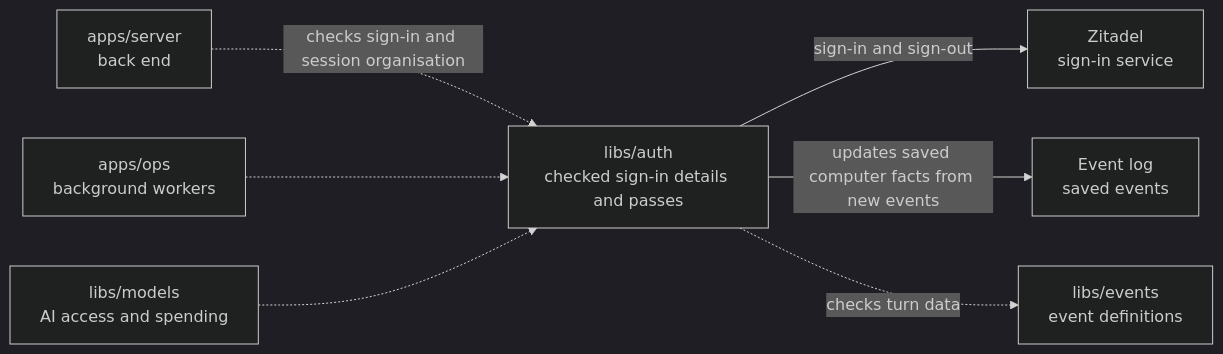
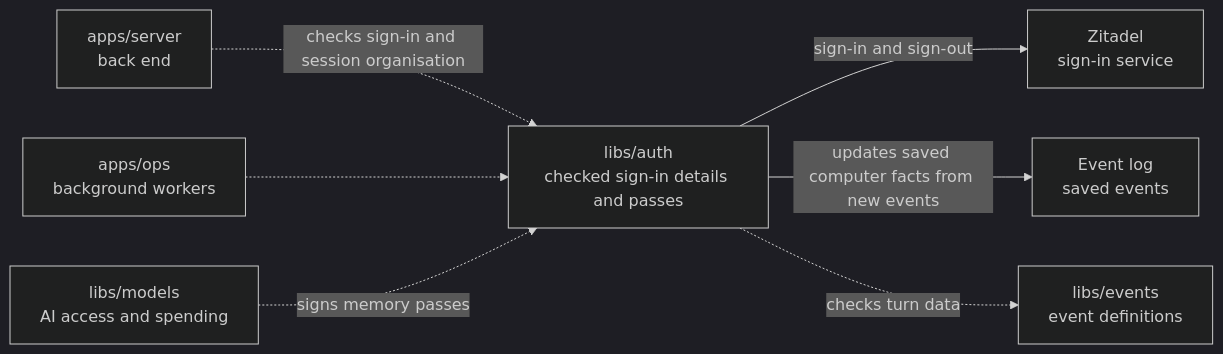
One commit to elewa-git/opencrane-new changed the diagram in libs/auth/README.md. Above: the diagram before and after it, drawn with Mermaid (dark theme). The commit also changed other lines of this file and 22 other files, not shown here.

````diff
--- a/libs/auth/README.md
+++ b/libs/auth/README.md
@@ -11,9 +11,9 @@
 ```mermaid
 flowchart LR
   server["apps/server<br/>back end"] -.->|checks sign-in and session organisation| auth["libs/auth<br/>checked sign-in details and passes"]
   ops["apps/ops<br/>background workers"] -.-> auth
-  models["libs/models<br/>AI access and spending"] -.-> auth
+  models["libs/models<br/>AI access and spending"] -.->|signs memory passes| auth
   auth -->|sign-in and sign-out| zitadel["Zitadel<br/>sign-in service"]
   auth -->|updates saved computer facts from new events| events["Event log<br/>saved events"]
   auth -.->|checks turn data| catalogue["libs/events<br/>event definitions"]
 ```
````
